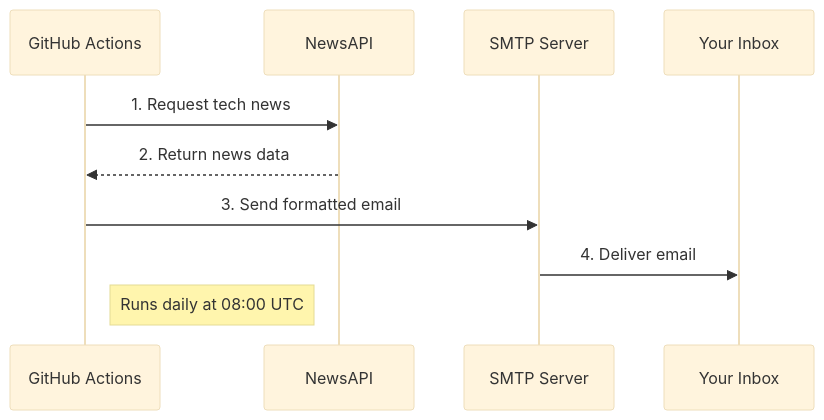
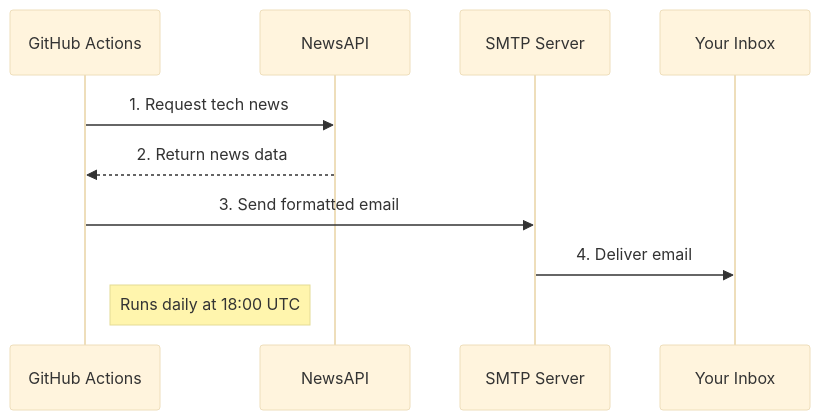
One commit to asmithcd/daily-news-bot changed the diagram in README.md. Above: the diagram before and after it, drawn with Mermaid (base theme).

````diff
--- a/README.md
+++ b/README.md
@@ -12,13 +12,13 @@
 ```mermaid
 sequenceDiagram
     participant GitHub Actions
     participant NewsAPI
     participant SMTP Server
     participant Your Inbox
 
     GitHub Actions->>NewsAPI: 1. Request tech news
     NewsAPI-->>GitHub Actions: 2. Return news data
     GitHub Actions->>SMTP Server: 3. Send formatted email
     SMTP Server->>Your Inbox: 4. Deliver email
-    Note right of GitHub Actions: Runs daily at 08:00 UTC
+    Note right of GitHub Actions: Runs daily at 18:00 UTC
 ```
````
